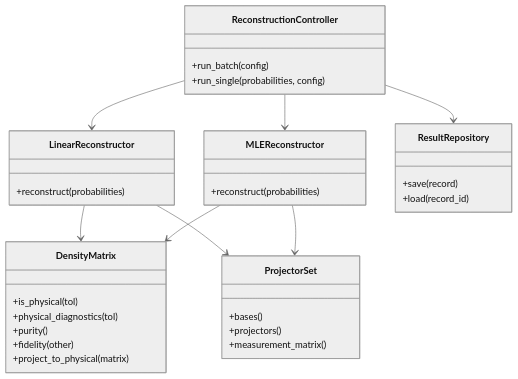
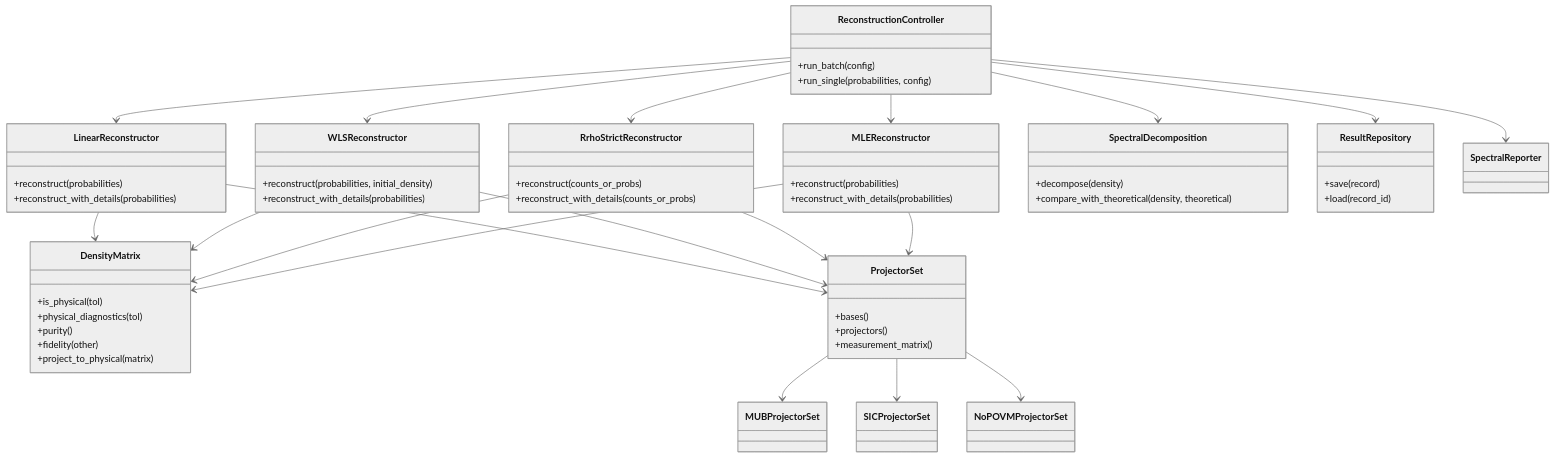
One commit to beckket4141/qtomography- changed the seventh of 7 diagrams in docs/teach/1.Python程序架构分析.md. Above: the diagram before and after it, drawn with Mermaid (neutral theme). The commit also changed other lines of this file and 9 other files, not shown here.

````diff
--- a/docs/teach/1.Python程序架构分析.md
+++ b/docs/teach/1.Python程序架构分析.md
@@ -738,42 +925,70 @@
 ```mermaid
 classDiagram
     class ReconstructionController {
         +run_batch(config)
         +run_single(probabilities, config)
     }
     
     class LinearReconstructor {
         +reconstruct(probabilities)
+        +reconstruct_with_details(probabilities)
+    }
+    
+    class WLSReconstructor {
+        +reconstruct(probabilities, initial_density)
+        +reconstruct_with_details(probabilities)
+    }
+    
+    class RrhoStrictReconstructor {
+        +reconstruct(counts_or_probs)
+        +reconstruct_with_details(counts_or_probs)
     }
     
     class MLEReconstructor {
         +reconstruct(probabilities)
+        +reconstruct_with_details(probabilities)
+    }
+    
+    class SpectralDecomposition {
+        +decompose(density)
+        +compare_with_theoretical(density, theoretical)
     }
     
     class DensityMatrix {
         +is_physical(tol)
         +physical_diagnostics(tol)
         +purity()
         +fidelity(other)
         +project_to_physical(matrix)
     }
     
     class ProjectorSet {
         +bases()
         +projectors()
         +measurement_matrix()
     }
     
     class ResultRepository {
         +save(record)
         +load(record_id)
     }
     
     ReconstructionController --> LinearReconstructor
+    ReconstructionController --> WLSReconstructor
+    ReconstructionController --> RrhoStrictReconstructor
     ReconstructionController --> MLEReconstructor
+    ReconstructionController --> SpectralDecomposition
     LinearReconstructor --> DensityMatrix
+    WLSReconstructor --> DensityMatrix
+    RrhoStrictReconstructor --> DensityMatrix
+    MLEReconstructor --> DensityMatrix
     LinearReconstructor --> ProjectorSet
-    MLEReconstructor --> DensityMatrix
+    WLSReconstructor --> ProjectorSet
+    RrhoStrictReconstructor --> ProjectorSet
     MLEReconstructor --> ProjectorSet
+    ProjectorSet --> MUBProjectorSet
+    ProjectorSet --> SICProjectorSet
+    ProjectorSet --> NoPOVMProjectorSet
     ReconstructionController --> ResultRepository
+    ReconstructionController --> SpectralReporter
 ```
````
